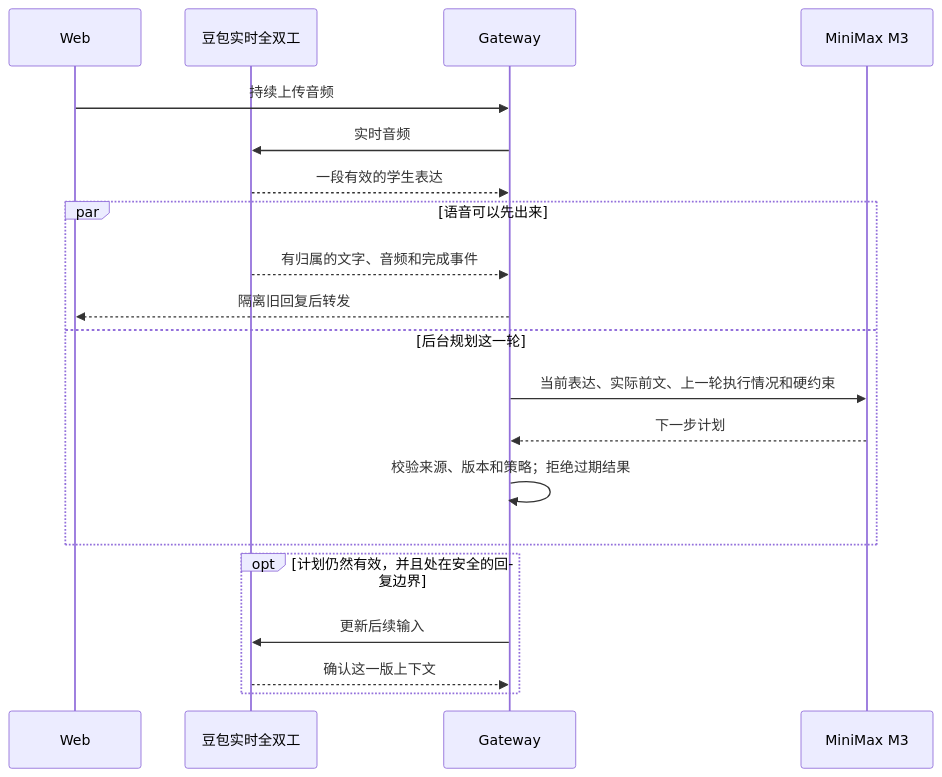
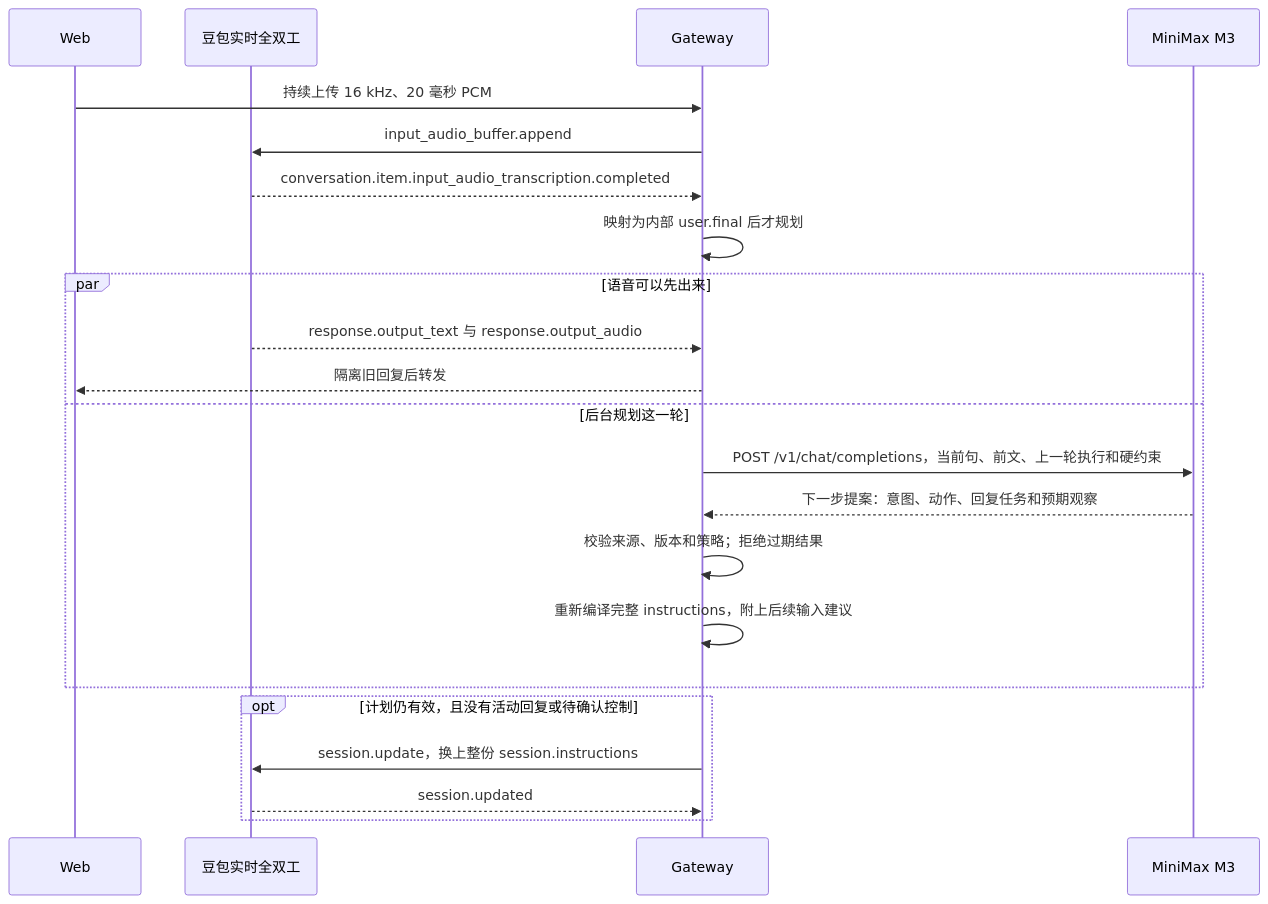
One commit to yqhuang-cyber/ask-kai-freetalk changed the third of 3 diagrams in README.md. Above: the diagram before and after it, drawn with Mermaid. The commit also changed other lines of this file, not shown here.

````diff
--- a/README.md
+++ b/README.md
@@ -124,22 +147,24 @@
 ```mermaid
 sequenceDiagram
     participant W as Web
     participant P as 豆包实时全双工
     participant G as Gateway
     participant L as MiniMax M3
-    W->>G: 持续上传音频
-    G->>P: 实时音频
-    P-->>G: 一段有效的学生表达
+    W->>G: 持续上传 16 kHz、20 毫秒 PCM
+    G->>P: input_audio_buffer.append
+    P-->>G: conversation.item.input_audio_transcription.completed
+    G->>G: 映射为内部 user.final 后才规划
     par 语音可以先出来
-        P-->>G: 有归属的文字、音频和完成事件
+        P-->>G: response.output_text 与 response.output_audio
         G-->>W: 隔离旧回复后转发
     and 后台规划这一轮
-        G->>L: 当前表达、实际前文、上一轮执行情况和硬约束
-        L-->>G: 下一步计划
+        G->>L: POST /v1/chat/completions，当前句、前文、上一轮执行和硬约束
+        L-->>G: 下一步提案：意图、动作、回复任务和预期观察
         G->>G: 校验来源、版本和策略；拒绝过期结果
+        G->>G: 重新编译完整 instructions，附上后续输入建议
     end
-    opt 计划仍然有效，并且处在安全的回复边界
-        G->>P: 更新后续输入
-        P-->>G: 确认这一版上下文
+    opt 计划仍有效，且没有活动回复或待确认控制
+        G->>P: session.update，换上整份 session.instructions
+        P-->>G: session.updated
     end
 ```
````
